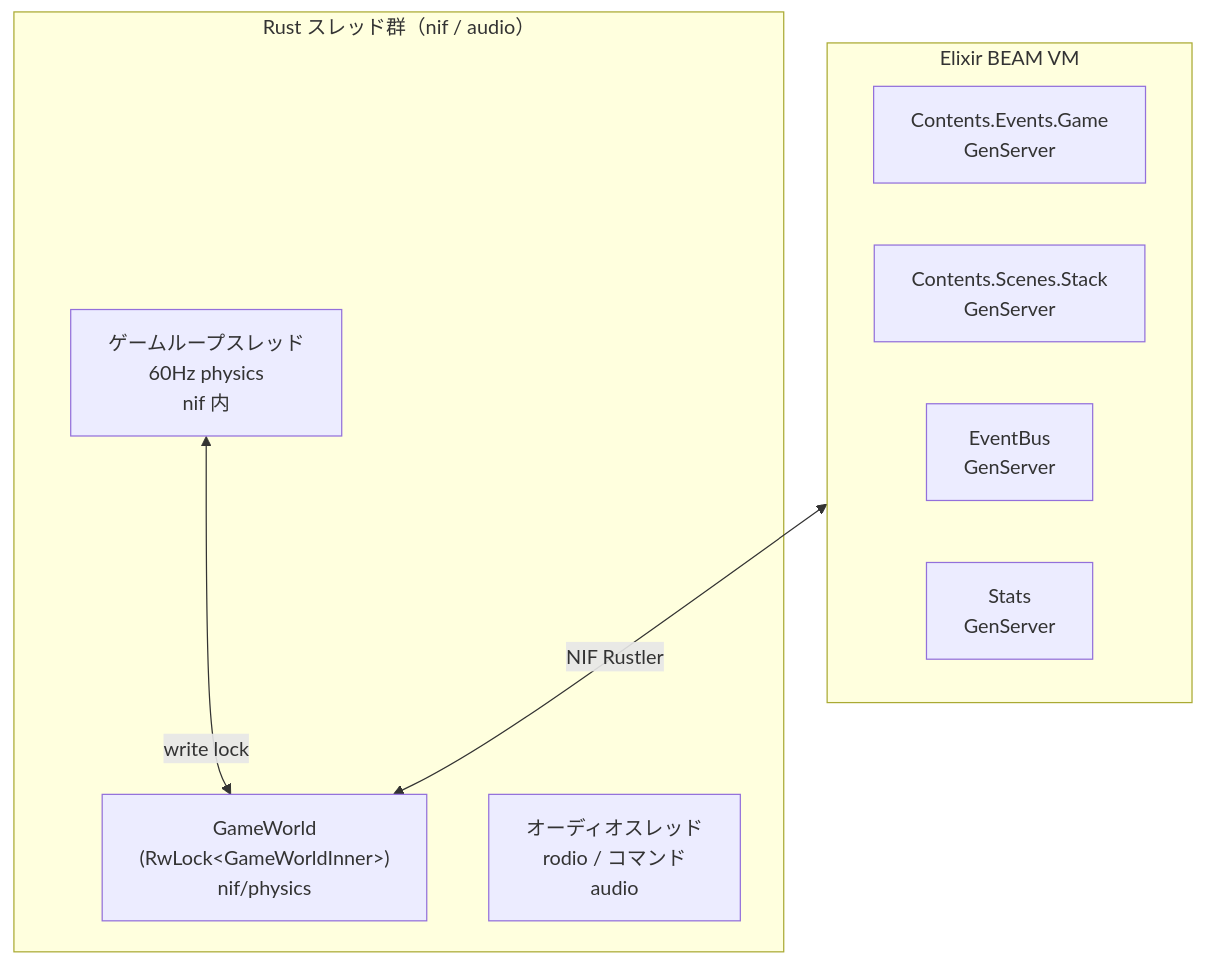
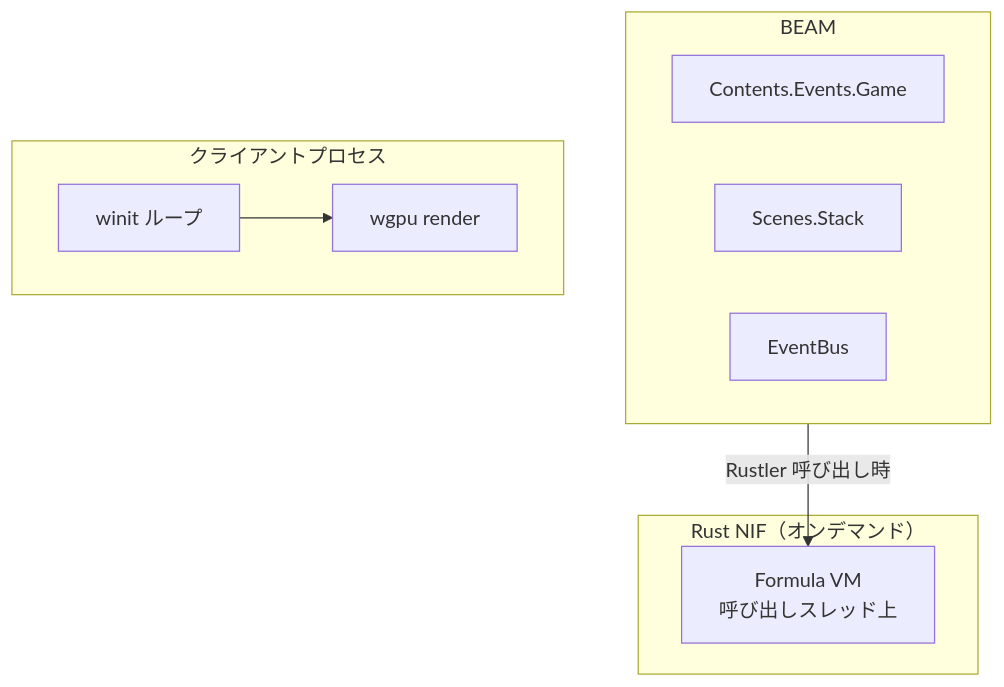
One commit to FRICK-ELDY/alchemy-engine changed the ninth of 9 diagrams in docs/architecture/overview.md. Above: the diagram before and after it, drawn with Mermaid. The commit also changed other lines of this file and 11 other files, not shown here.

Commit message:
docs(architecture): 現行構成（Formula NIF・Elixir tick・3 コンテンツ）に合わせて更新

````diff
--- a/docs/architecture/overview.md
+++ b/docs/architecture/overview.md
@@ -558,19 +262,21 @@
 ```mermaid
 graph TB
-    subgraph BEAM["Elixir BEAM VM"]
-        GEV[Contents.Events.Game\nGenServer]
-        SS[Contents.Scenes.Stack\nGenServer]
-        EVB[EventBus\nGenServer]
-        STS[Stats\nGenServer]
+    subgraph BEAM["BEAM"]
+        GEV[Contents.Events.Game]
+        SS[Scenes.Stack]
+        EB[EventBus]
     end
 
-    BEAM <-->|NIF Rustler| GW
+    subgraph RUST_NIF["Rust NIF（オンデマンド）"]
+        VM[Formula VM<br/>呼び出しスレッド上]
+    end
 
-    subgraph RUST["Rust スレッド群（nif / audio）"]
-        GL[ゲームループスレッド\n60Hz physics\nnif 内]
-        AT[オーディオスレッド\nrodio / コマンド\naudio]
-        GW["GameWorld\n(RwLock&lt;GameWorldInner&gt;)\nnif/physics"]
+    BEAM -->|Rustler 呼び出し時| VM
 
-        GL <-->|write lock| GW
+    subgraph CLIENT["クライアントプロセス"]
+        LOOP[winit ループ]
+        R[wgpu render]
     end
+
+    LOOP --> R
 ```
````
